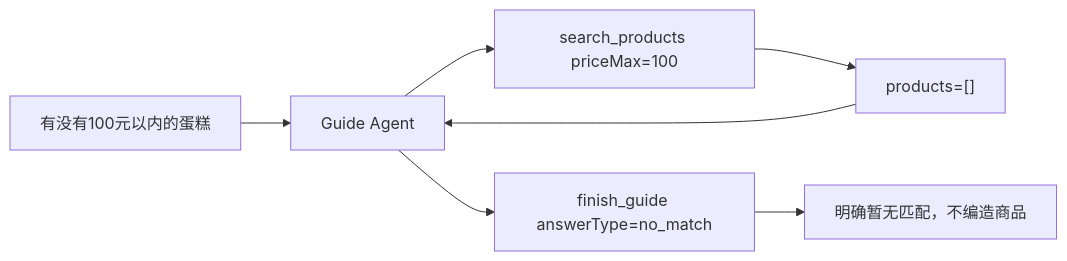
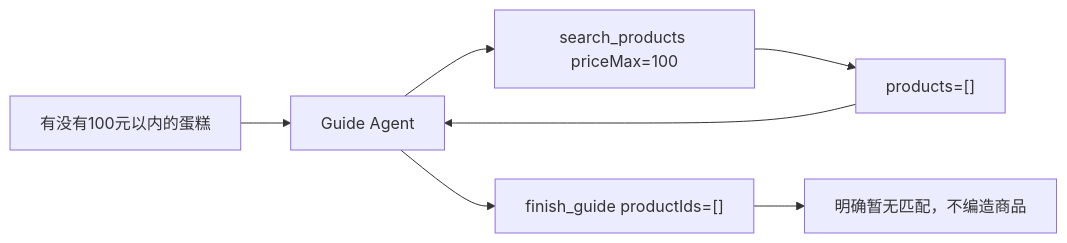
Diagram 16 of 24 in docs/智能导购LangGraph方案.md (6-july/smartbuy), drawn with Mermaid before and after one commit. The commit also changed other lines of this file and 10 other files, not shown here.

````diff
--- a/docs/智能导购LangGraph方案.md
+++ b/docs/智能导购LangGraph方案.md
@@ -868,9 +847,9 @@
 ```mermaid
 flowchart LR
   User["有没有100元以内的蛋糕"] --> Agent["Guide Agent"]
   Agent --> Search["search_products priceMax=100"]
   Search --> Empty["products=[]"]
   Empty --> Agent
-  Agent --> Finish["finish_guide answerType=no_match"]
+  Agent --> Finish["finish_guide productIds=[]"]
   Finish --> Out["明确暂无匹配，不编造商品"]
 ```
````
